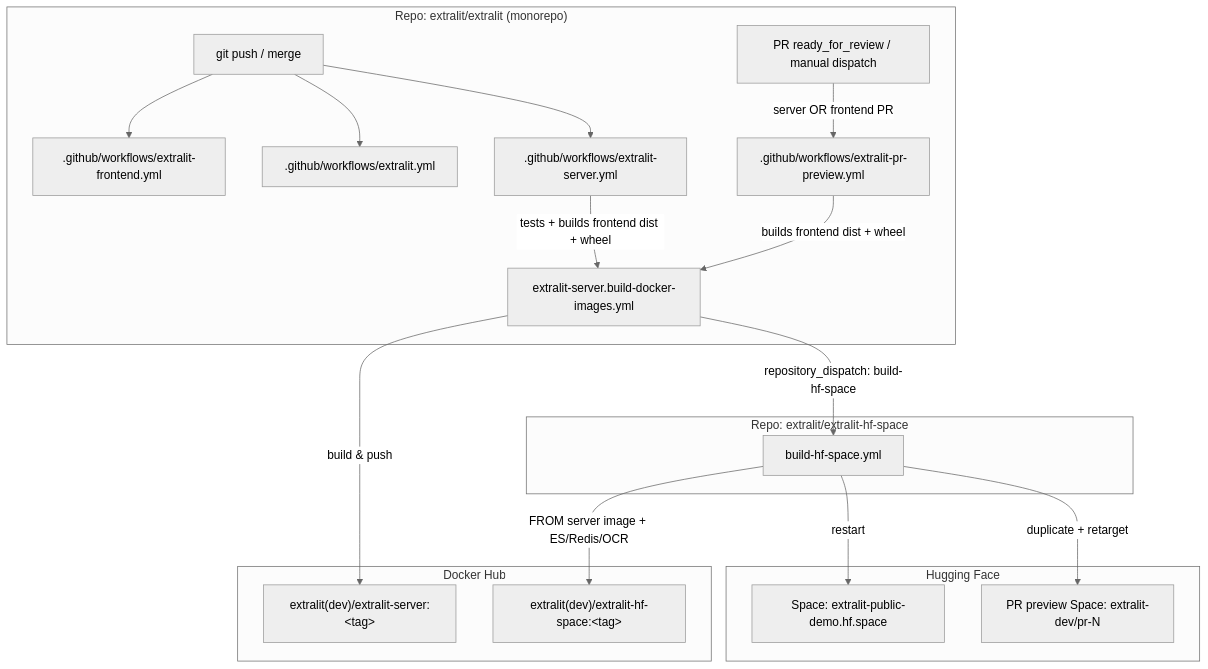
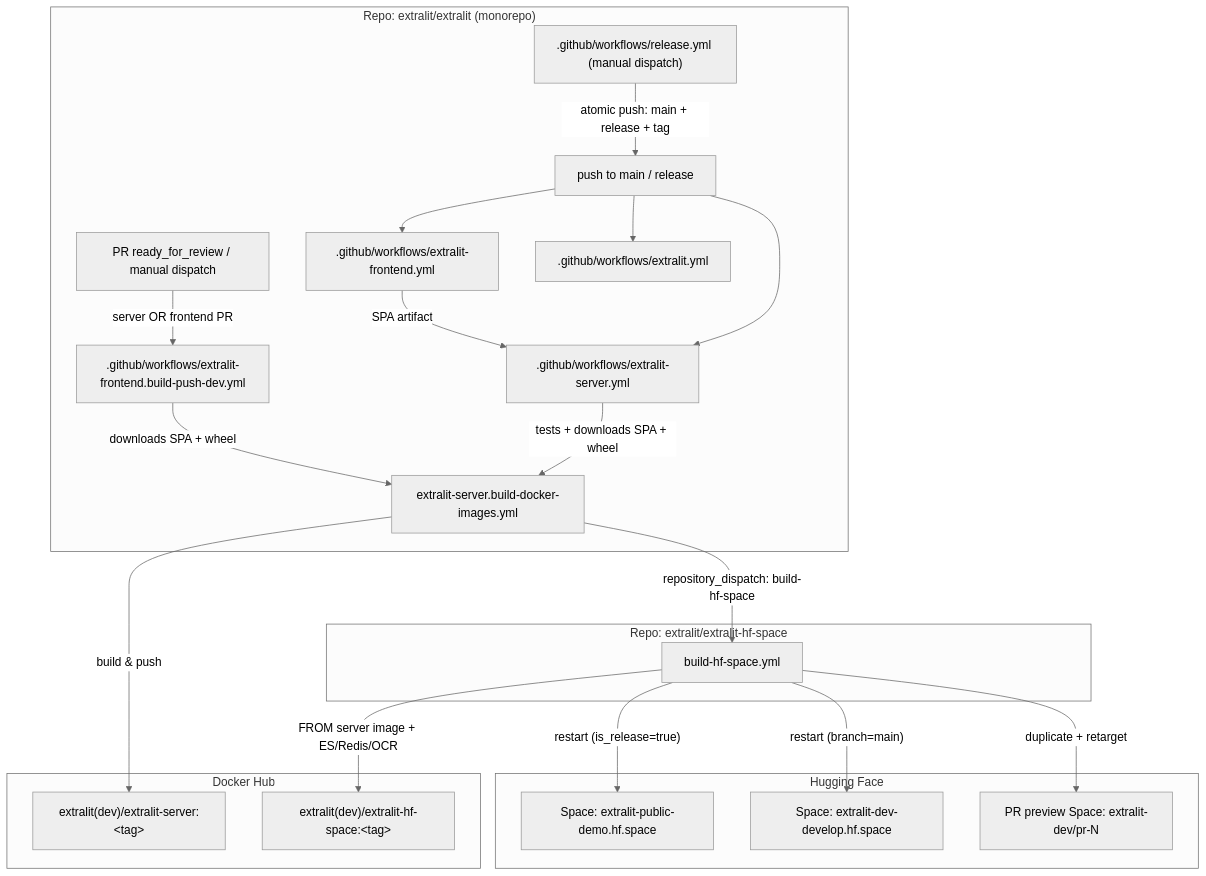
One commit to Extralit/extralit changed the diagram in docs/architecture/deployment.md. Above: the diagram before and after it, drawn with Mermaid (neutral theme). The commit also changed other lines of this file and 8 other files, not shown here.

````diff
--- a/docs/architecture/deployment.md
+++ b/docs/architecture/deployment.md
@@ -19,38 +45,43 @@
 ```mermaid
 flowchart TD
     subgraph monorepo["Repo: extralit/extralit (monorepo)"]
-        push["git push / merge"]
+        push["push to main / release"]
+        rel[".github/workflows/release.yml (manual dispatch)"]
         prready["PR ready_for_review / manual dispatch"]
         fe[".github/workflows/extralit-frontend.yml"]
         sdk[".github/workflows/extralit.yml"]
         srv[".github/workflows/extralit-server.yml"]
-        prev[".github/workflows/extralit-pr-preview.yml"]
+        prev[".github/workflows/extralit-frontend.build-push-dev.yml"]
         srvbuild["extralit-server.build-docker-images.yml"]
     end
 
     subgraph hub["Docker Hub"]
         srvimg["extralit(dev)/extralit-server:&lt;tag&gt;"]
         spaceimg["extralit(dev)/extralit-hf-space:&lt;tag&gt;"]
     end
 
     subgraph hfrepo["Repo: extralit/extralit-hf-space"]
         bhs["build-hf-space.yml"]
     end
 
     subgraph hf["Hugging Face"]
         demo["Space: extralit-public-demo.hf.space"]
+        dev["Space: extralit-dev-develop.hf.space"]
         prspace["PR preview Space: extralit-dev/pr-N"]
     end
 
+    rel -->|"atomic push: main + release + tag"| push
     push --> fe
     push --> sdk
     push --> srv
     prready -->|server OR frontend PR| prev
-    srv -->|tests + builds frontend dist + wheel| srvbuild
-    prev -->|builds frontend dist + wheel| srvbuild
+    fe -->|SPA artifact| srv
+    srv -->|tests + downloads SPA + wheel| srvbuild
+    prev -->|downloads SPA + wheel| srvbuild
     srvbuild -->|build & push| srvimg
     srvbuild -->|repository_dispatch: build-hf-space| bhs
     bhs -->|FROM server image + ES/Redis/OCR| spaceimg
-    bhs -->|restart| demo
+    bhs -->|"restart (is_release=true)"| demo
+    bhs -->|"restart (branch=main)"| dev
     bhs -->|duplicate + retarget| prspace
 ```
````
